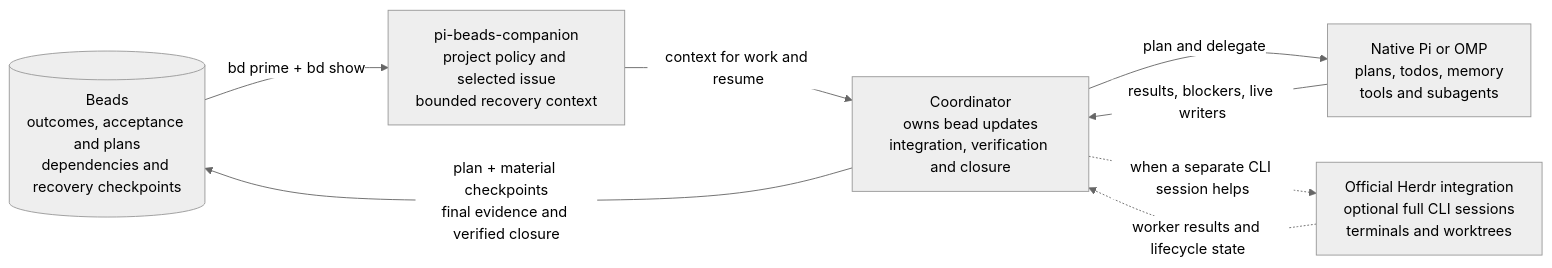
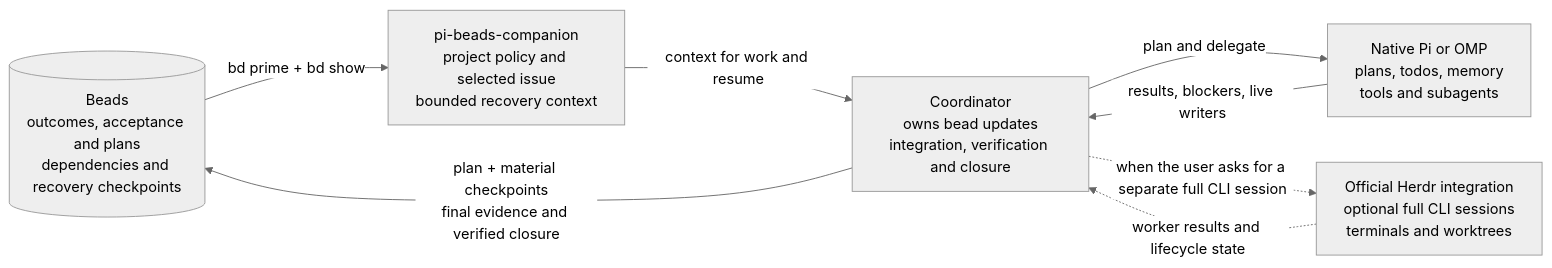
One commit to jeffhuen/pi-beads-companion changed the diagram in README.md. Above: the diagram before and after it, drawn with Mermaid (neutral theme). The commit also changed 2 other files, not shown here.

Commit message:
docs: align the companion policy with herdr-workflow
- Checkpoints record session references, launch flags, and restriction
  settings for agents that may resume
- Scope the Herdr rule to helper delegation: use it only when the user
  asks for a separate full CLI session
- Point execution procedures to the repository's execution workflow
- Completion verifies the integrated result only when the outcome
  requires integration
- Sync .beads/PRIME.md and align the README diagram

````diff
--- a/README.md
+++ b/README.md
@@ -265,16 +265,16 @@
 ```mermaid
 flowchart LR
     beads[("Beads<br/>outcomes, acceptance and plans<br/>dependencies and recovery checkpoints")]
     companion["pi-beads-companion<br/>project policy and selected issue<br/>bounded recovery context"]
     coordinator["Coordinator<br/>owns bead updates<br/>integration, verification and closure"]
     harness["Native Pi or OMP<br/>plans, todos, memory<br/>tools and subagents"]
     herdr["Official Herdr integration<br/>optional full CLI sessions<br/>terminals and worktrees"]
 
     beads -->|"bd prime + bd show"| companion
     companion -->|"context for work and resume"| coordinator
     coordinator -->|"plan and delegate"| harness
     harness -->|"results, blockers, live writers"| coordinator
     coordinator -->|"plan + material checkpoints<br/>final evidence and verified closure"| beads
-    coordinator -.->|"when a separate CLI session helps"| herdr
+    coordinator -.->|"when the user asks for a separate full CLI session"| herdr
     herdr -.->|"worker results and lifecycle state"| coordinator
 ```
````
